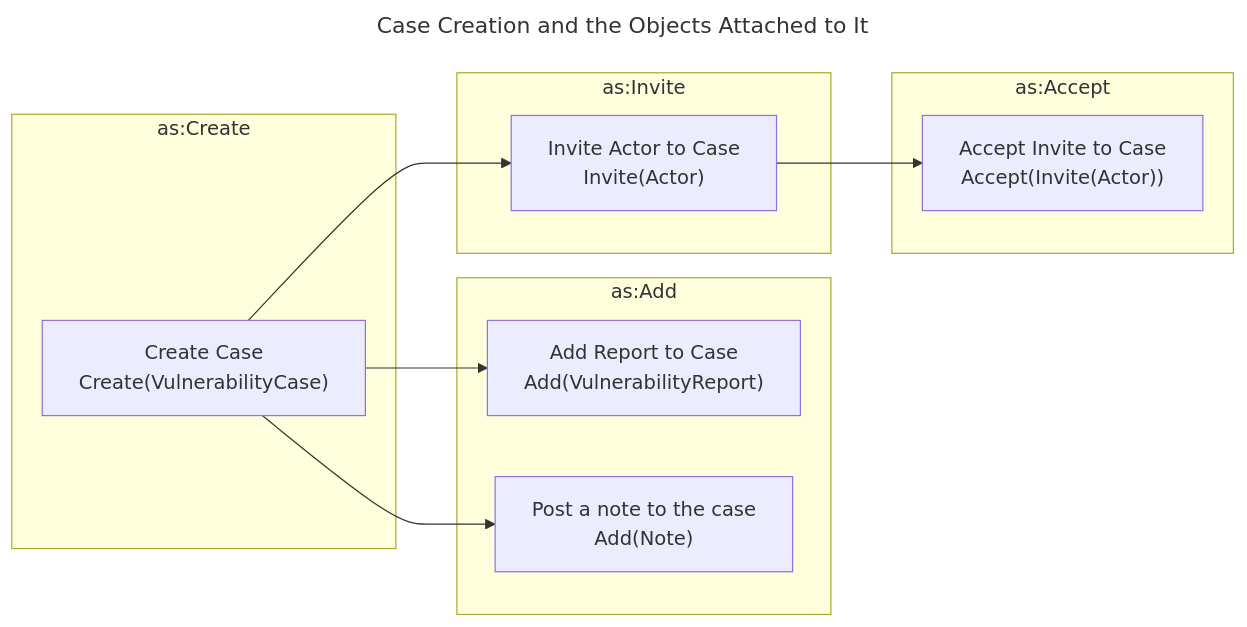
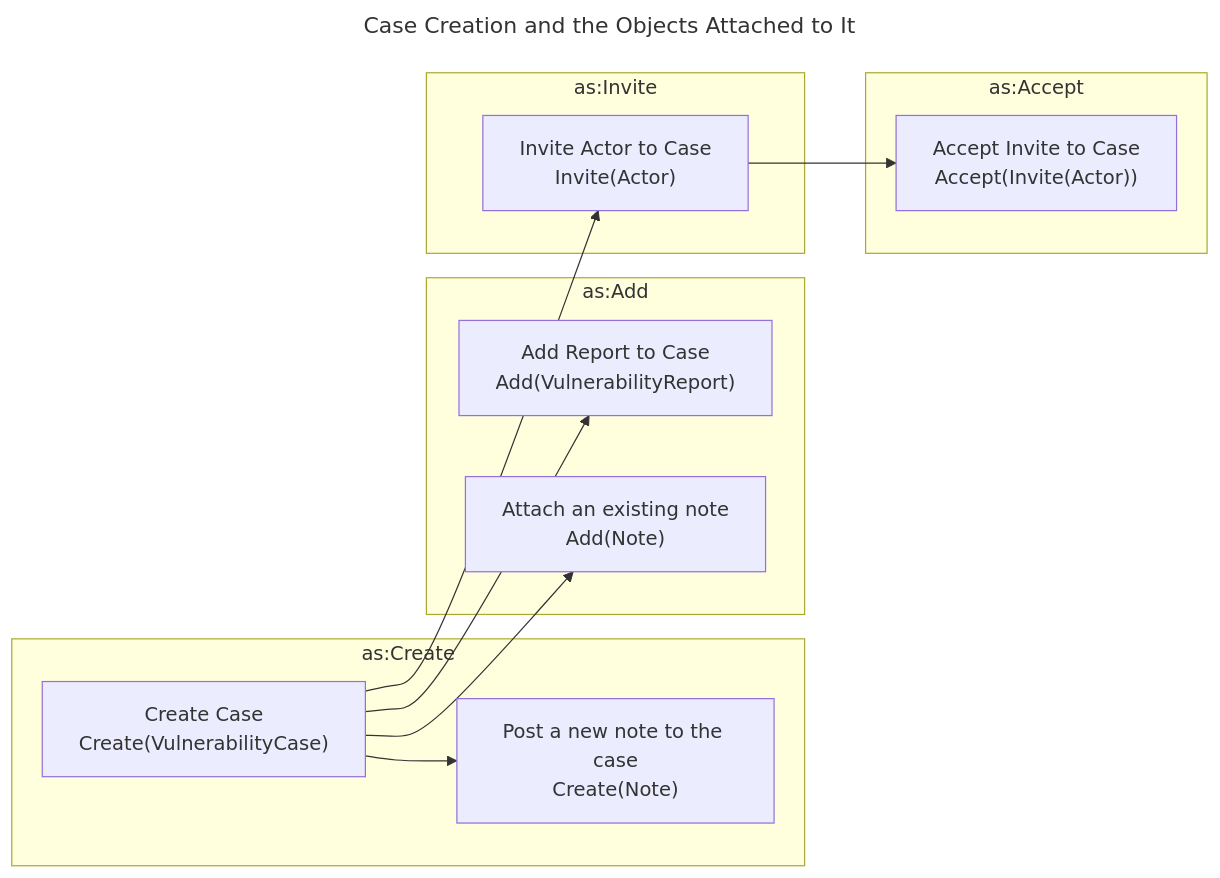
One commit to CERTCC/Vultron changed the diagram in docs/howto/activitypub/activities/initialize_case.md. Above: the diagram before and after it, drawn with Mermaid. The commit also changed other lines of this file, not shown here.

Commit message:
docs: sync docs/ for PR #4671
initialize_case.md posts a new note as Create(Note) with the case as its
context and keeps Add(Note) for a note that already exists.

````diff
--- a/docs/howto/activitypub/activities/initialize_case.md
+++ b/docs/howto/activitypub/activities/initialize_case.md
@@ -30,23 +30,25 @@
 ```mermaid
 ---
 title: Case Creation and the Objects Attached to It
 ---
 flowchart LR
     subgraph as:Create
         CreateCase["Create Case<br/>Create(VulnerabilityCase)"]
+        CreateNote["Post a new note to the case<br/>Create(Note)"]
     end
     subgraph as:Add
         AddReportToCase["Add Report to Case<br/>Add(VulnerabilityReport)"]
-        AddNoteToCase["Post a note to the case<br/>Add(Note)"]
+        AddNoteToCase["Attach an existing note<br/>Add(Note)"]
     end
     subgraph as:Invite
         RmInviteToCase["Invite Actor to Case<br/>Invite(Actor)"]
     end
     subgraph as:Accept
         RmAcceptInviteToCase["Accept Invite to Case<br/>Accept(Invite(Actor))"]
     end
     CreateCase --> AddReportToCase
     CreateCase --> RmInviteToCase
     RmInviteToCase --> RmAcceptInviteToCase
+    CreateCase --> CreateNote
     CreateCase --> AddNoteToCase
 ```
````
